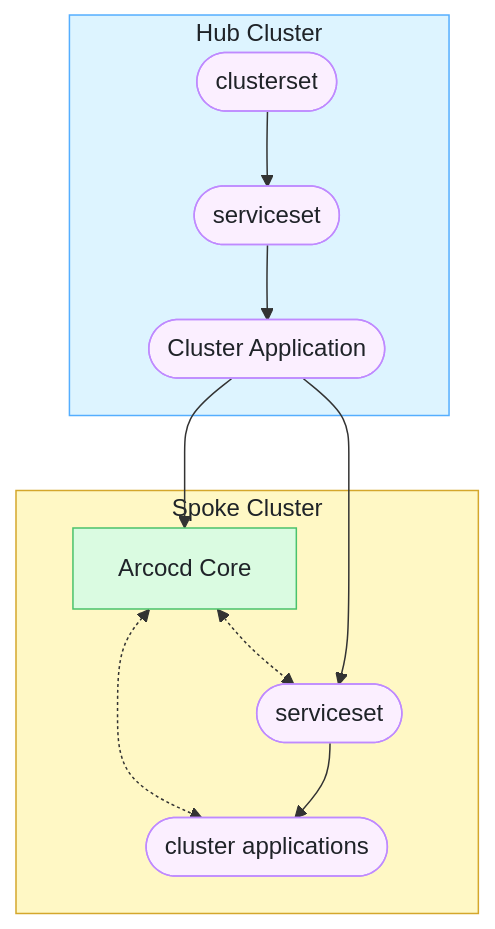
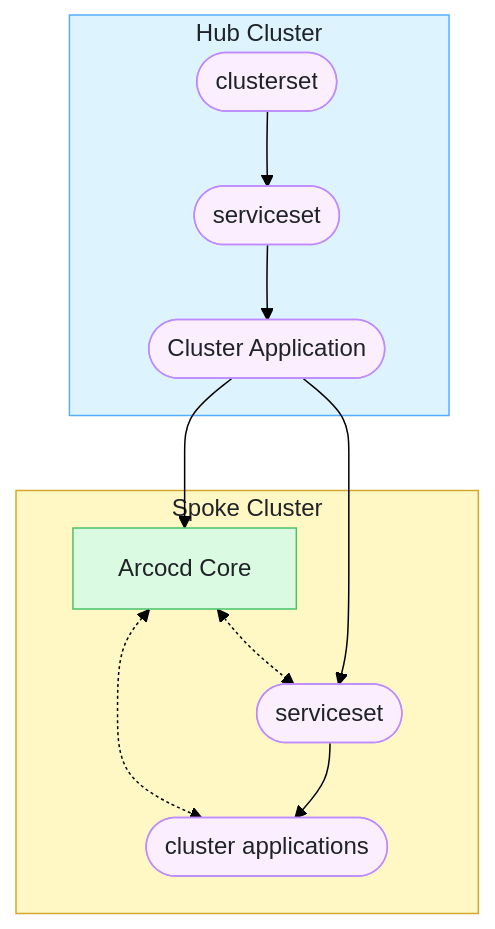
Before and after one commit to poxelyric/argo-flavors: the diagram in example-definitions/argo-of-argos/README.md, drawn with Mermaid. The commit also changed other lines of this file and 1 other file, not shown here.

````diff
--- a/example-definitions/argo-of-argos/README.md
+++ b/example-definitions/argo-of-argos/README.md
@@ -5,32 +5,33 @@
 ```mermaid
 flowchart TD
     subgraph hub ["Hub Cluster"]
         A(["clusterset"])
         B(["serviceset"])
         C(["Cluster Application"])
         A --> B
         B --> C
     end
 
     subgraph spoke ["Spoke Cluster"]
         E["Arcocd Core"]
         D(["serviceset"])
         F(["cluster applications"])
         E <-.-> D
 
         E <-.-> F
         D --> F
     end
 
     C --> D
     C --> E
 
+    linkStyle default stroke:black
     classDef hubcluster fill:#ddf4ff,stroke:#54aeff,color:#1f2328
     classDef spokecluster fill:#fff8c5,stroke:#d4a72c,color:#1f2328
     classDef apps fill:#fbefff,stroke:#bf8aff,color:#1f2328
     classDef workload fill:#dafbe1,stroke:#4ac26b,color:#1f2328
     class hub hubcluster
     class spoke spokecluster
     class A,B,C,D,F apps
     class E workload
 ```
````
